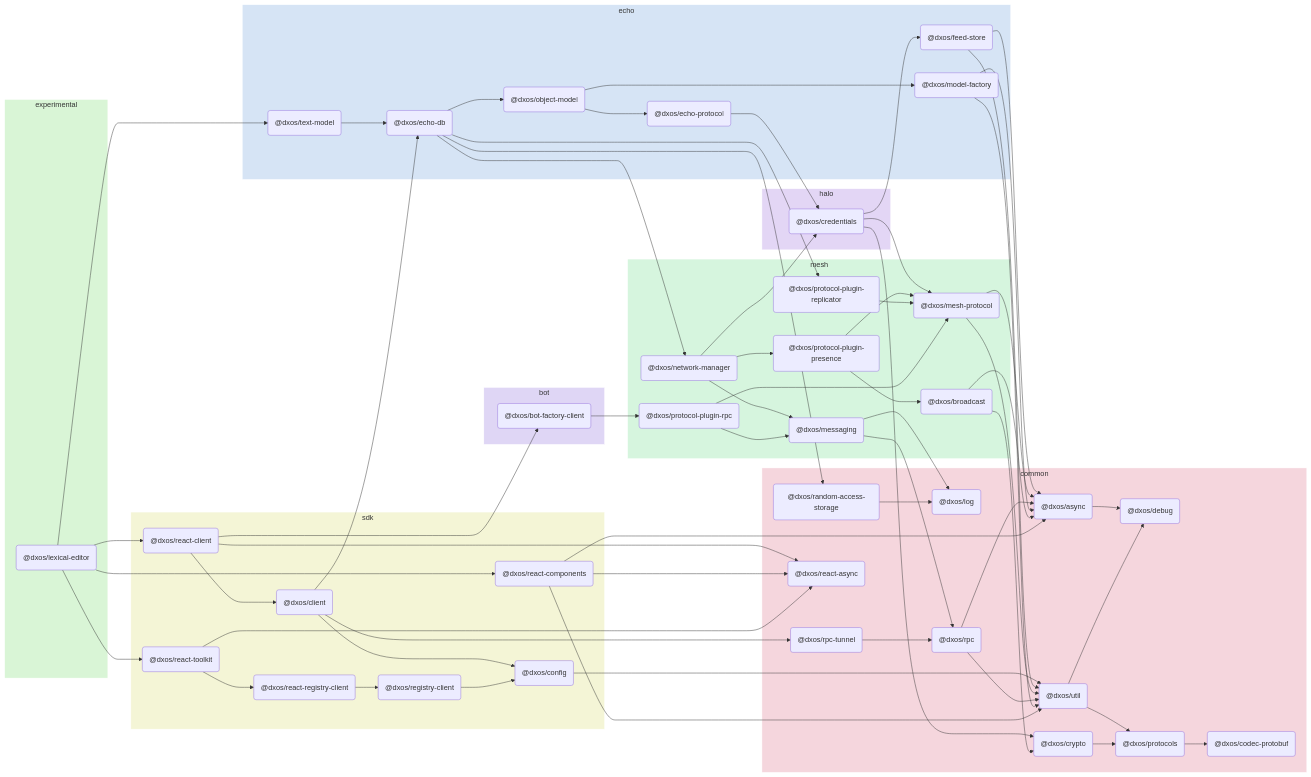
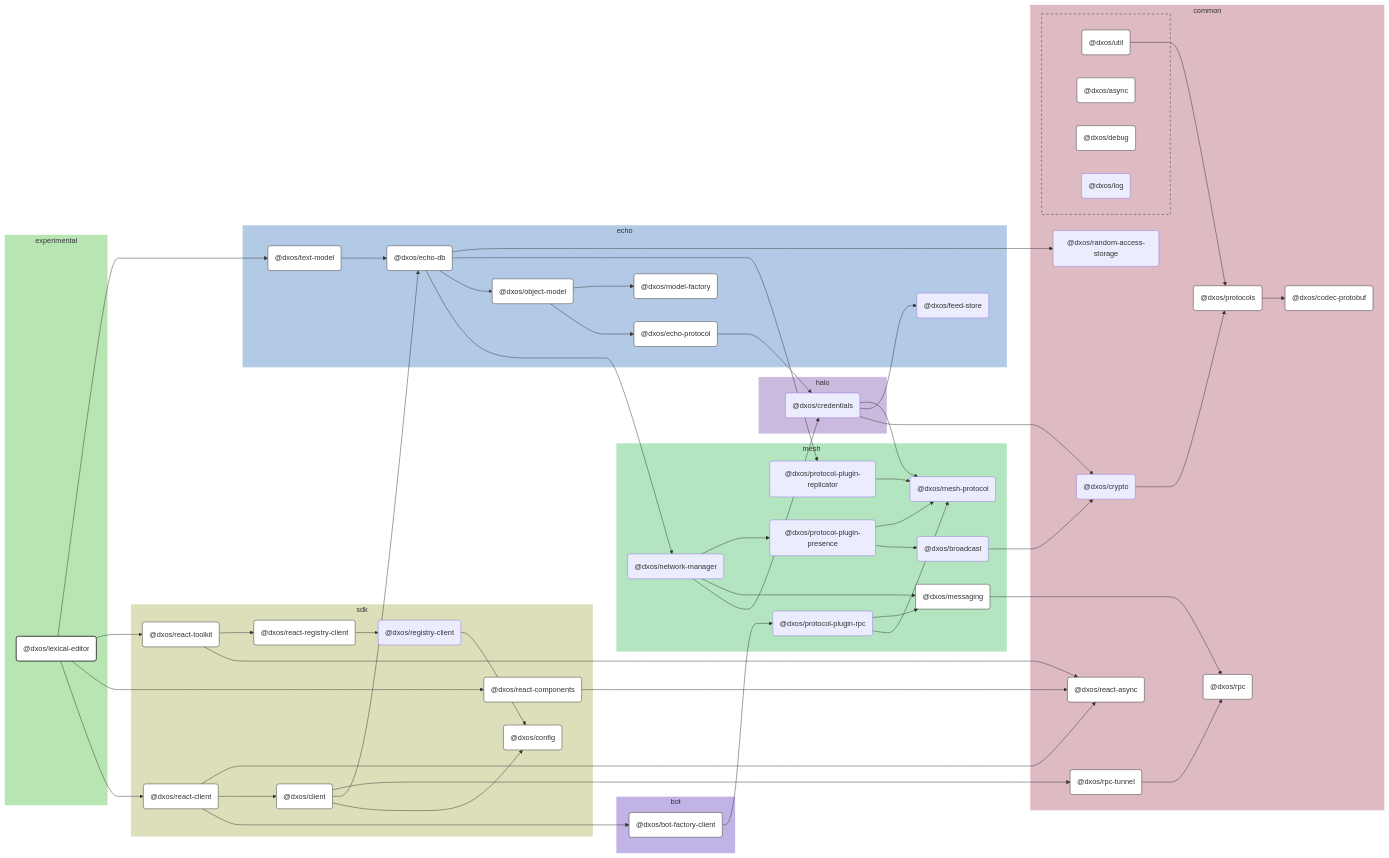
Before and after one commit to dxos/dxos: the diagram in apps/experimental/lexical-editor/docs/README.md, drawn with Mermaid. The commit also changed other lines of this file and 109 other files, not shown here.

````diff
--- a/apps/experimental/lexical-editor/docs/README.md
+++ b/apps/experimental/lexical-editor/docs/README.md
@@ -5,123 +7,176 @@
 ```mermaid
-flowchart LR;
+%%{ init: {'flowchart':{'curve':'basis'}} }%%
 
+flowchart LR
+
+%% Links
+dxos/bot-factory-client --> dxos/protocol-plugin-rpc;
+dxos/broadcast --> dxos/crypto;
+dxos/client --> dxos/config;
+dxos/client --> dxos/echo-db;
+dxos/client --> dxos/rpc-tunnel;
+dxos/credentials --> dxos/crypto;
+dxos/credentials --> dxos/feed-store;
+dxos/credentials --> dxos/mesh-protocol;
+dxos/crypto --> dxos/protocols;
+dxos/echo-db --> dxos/network-manager;
+dxos/echo-db --> dxos/object-model;
+dxos/echo-db --> dxos/protocol-plugin-replicator;
+dxos/echo-db --> dxos/random-access-storage;
+dxos/echo-protocol --> dxos/credentials;
+dxos/lexical-editor --> dxos/react-client;
+dxos/lexical-editor --> dxos/react-components;
+dxos/lexical-editor --> dxos/react-toolkit;
+dxos/lexical-editor --> dxos/text-model;
+dxos/messaging --> dxos/rpc;
+dxos/network-manager --> dxos/credentials;
+dxos/network-manager --> dxos/messaging;
+dxos/network-manager --> dxos/protocol-plugin-presence;
+dxos/object-model --> dxos/echo-protocol;
+dxos/object-model --> dxos/model-factory;
+dxos/protocol-plugin-presence --> dxos/broadcast;
+dxos/protocol-plugin-presence --> dxos/mesh-protocol;
+dxos/protocol-plugin-replicator --> dxos/mesh-protocol;
+dxos/protocol-plugin-rpc --> dxos/mesh-protocol;
+dxos/protocol-plugin-rpc --> dxos/messaging;
+dxos/protocols --> dxos/codec-protobuf;
+dxos/react-client --> dxos/bot-factory-client;
+dxos/react-client --> dxos/client;
+dxos/react-client --> dxos/react-async;
+dxos/react-components --> dxos/react-async;
+dxos/react-registry-client --> dxos/registry-client;
+dxos/react-toolkit --> dxos/react-async;
+dxos/react-toolkit --> dxos/react-registry-client;
+dxos/registry-client --> dxos/config;
+dxos/rpc-tunnel --> dxos/rpc;
+dxos/text-model --> dxos/echo-db;
+dxos/util --> dxos/protocols;
+
+%% Sections
 subgraph experimental
-  style experimental fill:#d9f5d6,stroke:#fff;
-  dxos/lexical-editor("@dxos/lexical-editor");
+  style experimental fill:#b8e6b3,stroke:#fff;
+
+  dxos/lexical-editor("@dxos/lexical-editor")
 end
 
 subgraph common
-  style common fill:#f5d6dd,stroke:#fff;
-  dxos/async("@dxos/async");
-  dxos/debug("@dxos/debug");
-  dxos/codec-protobuf("@dxos/codec-protobuf");
-  dxos/protocols("@dxos/protocols");
-  dxos/util("@dxos/util");
-  dxos/log("@dxos/log");
-  dxos/crypto("@dxos/crypto");
-  dxos/rpc("@dxos/rpc");
-  dxos/random-access-storage("@dxos/random-access-storage");
-  dxos/rpc-tunnel("@dxos/rpc-tunnel");
-  dxos/react-async("@dxos/react-async");
+  style common fill:#debac2,stroke:#fff;
+
+  dxos/codec-protobuf("@dxos/codec-protobuf")
+  dxos/crypto("@dxos/crypto")
+  dxos/protocols("@dxos/protocols")
+  dxos/random-access-storage("@dxos/random-access-storage")
+  dxos/react-async("@dxos/react-async")
+  dxos/rpc("@dxos/rpc")
+  dxos/rpc-tunnel("@dxos/rpc-tunnel")
+
+  subgraph common-excluded [ ]
+    style common-excluded fill:#debac2,stroke:#333,stroke-dasharray:5 5;
+
+    dxos/async("@dxos/async")
+    dxos/debug("@dxos/debug")
+    dxos/log("@dxos/log")
+    dxos/util("@dxos/util")
+  end
 end
 
 subgraph sdk
-  style sdk fill:#f4f5d6,stroke:#fff;
-  dxos/client("@dxos/client");
-  dxos/config("@dxos/config");
-  dxos/react-client("@dxos/react-client");
-  dxos/react-components("@dxos/react-components");
-  dxos/react-toolkit("@dxos/react-toolkit");
-  dxos/react-registry-client("@dxos/react-registry-client");
-  dxos/registry-client("@dxos/registry-client");
+  style sdk fill:#dddeba,stroke:#fff;
+
+  dxos/client("@dxos/client")
+  dxos/config("@dxos/config")
+  dxos/react-client("@dxos/react-client")
+  dxos/react-components("@dxos/react-components")
+  dxos/react-registry-client("@dxos/react-registry-client")
+  dxos/react-toolkit("@dxos/react-toolkit")
+  dxos/registry-client("@dxos/registry-client")
 end
 
 subgraph echo
-  style echo fill:#d6e4f5,stroke:#fff;
-  dxos/echo-db("@dxos/echo-db");
-  dxos/feed-store("@dxos/feed-store");
-  dxos/echo-protocol("@dxos/echo-protocol");
-  dxos/model-factory("@dxos/model-factory");
-  dxos/object-model("@dxos/object-model");
-  dxos/text-model("@dxos/text-model");
+  style echo fill:#b3cae6,stroke:#fff;
+
+  dxos/echo-db("@dxos/echo-db")
+  dxos/echo-protocol("@dxos/echo-protocol")
+  dxos/feed-store("@dxos/feed-store")
+  dxos/model-factory("@dxos/model-factory")
+  dxos/object-model("@dxos/object-model")
+  dxos/text-model("@dxos/text-model")
 end
 
 subgraph halo
-  style halo fill:#e3d6f5,stroke:#fff;
-  dxos/credentials("@dxos/credentials");
+  style halo fill:#cabade,stroke:#fff;
+
+  dxos/credentials("@dxos/credentials")
 end
 
 subgraph mesh
-  style mesh fill:#d6f5de,stroke:#fff;
-  dxos/mesh-protocol("@dxos/mesh-protocol");
-  dxos/messaging("@dxos/messaging");
-  dxos/network-manager("@dxos/network-manager");
-  dxos/protocol-plugin-presence("@dxos/protocol-plugin-presence");
-  dxos/broadcast("@dxos/broadcast");
-  dxos/protocol-plugin-replicator("@dxos/protocol-plugin-replicator");
-  dxos/protocol-plugin-rpc("@dxos/protocol-plugin-rpc");
+  style mesh fill:#b3e6c0,stroke:#fff;
+
+  dxos/broadcast("@dxos/broadcast")
+  dxos/mesh-protocol("@dxos/mesh-protocol")
+  dxos/messaging("@dxos/messaging")
+  dxos/network-manager("@dxos/network-manager")
+  dxos/protocol-plugin-presence("@dxos/protocol-plugin-presence")
+  dxos/protocol-plugin-replicator("@dxos/protocol-plugin-replicator")
+  dxos/protocol-plugin-rpc("@dxos/protocol-plugin-rpc")
 end
 
 subgraph bot
-  style bot fill:#dfd6f5,stroke:#fff;
-  dxos/bot-factory-client("@dxos/bot-factory-client");
+  style bot fill:#c2b3e6,stroke:#fff;
+
+  dxos/bot-factory-client("@dxos/bot-factory-client")
 end
 
-dxos/async --> dxos/debug;
-dxos/client --> dxos/config;
-dxos/protocols --> dxos/codec-protobuf;
-dxos/config --> dxos/util;
-dxos/util --> dxos/debug;
-dxos/util --> dxos/protocols;
-dxos/client --> dxos/echo-db;
-dxos/credentials --> dxos/crypto;
-dxos/crypto --> dxos/protocols;
-dxos/credentials --> dxos/feed-store;
-dxos/feed-store --> dxos/async;
-dxos/feed-store --> dxos/util;
-dxos/credentials --> dxos/mesh-protocol;
-dxos/mesh-protocol --> dxos/async;
-dxos/mesh-protocol --> dxos/util;
-dxos/echo-protocol --> dxos/credentials;
-dxos/messaging --> dxos/log;
-dxos/messaging --> dxos/rpc;
-dxos/rpc --> dxos/async;
-dxos/rpc --> dxos/util;
-dxos/model-factory --> dxos/async;
-dxos/model-factory --> dxos/util;
-dxos/echo-db --> dxos/network-manager;
-dxos/network-manager --> dxos/credentials;
-dxos/network-manager --> dxos/messaging;
-dxos/network-manager --> dxos/protocol-plugin-presence;
-dxos/protocol-plugin-presence --> dxos/broadcast;
-dxos/broadcast --> dxos/async;
-dxos/broadcast --> dxos/crypto;
-dxos/protocol-plugin-presence --> dxos/mesh-protocol;
-dxos/echo-db --> dxos/object-model;
-dxos/object-model --> dxos/echo-protocol;
-dxos/object-model --> dxos/model-factory;
-dxos/echo-db --> dxos/protocol-plugin-replicator;
-dxos/protocol-plugin-replicator --> dxos/mesh-protocol;
-dxos/echo-db --> dxos/random-access-storage;
-dxos/random-access-storage --> dxos/log;
-dxos/client --> dxos/rpc-tunnel;
-dxos/rpc-tunnel --> dxos/rpc;
-dxos/lexical-editor --> dxos/react-client;
-dxos/react-client --> dxos/bot-factory-client;
-dxos/bot-factory-client --> dxos/protocol-plugin-rpc;
-dxos/protocol-plugin-rpc --> dxos/messaging;
-dxos/protocol-plugin-rpc --> dxos/mesh-protocol;
-dxos/react-client --> dxos/client;
-dxos/react-client --> dxos/react-async;
-dxos/lexical-editor --> dxos/react-components;
-dxos/react-components --> dxos/async;
-dxos/react-components --> dxos/react-async;
-dxos/react-components --> dxos/util;
-dxos/lexical-editor --> dxos/react-toolkit;
-dxos/react-toolkit --> dxos/react-async;
-dxos/react-toolkit --> dxos/react-registry-client;
-dxos/react-registry-client --> dxos/registry-client;
-dxos/registry-client --> dxos/config;
-dxos/lexical-editor --> dxos/text-model;
-dxos/text-model --> dxos/echo-db;
+
+%% Hyperlinks
+click dxos/async href "https:/github.com/dxos/dxos/tree/main/packages/common/async/docs";
+click dxos/bot-factory-client href "https:/github.com/dxos/dxos/tree/main/packages/bot/bot-factory-client/docs";
+click dxos/client href "https:/github.com/dxos/dxos/tree/main/packages/sdk/client/docs";
+click dxos/codec-protobuf href "https:/github.com/dxos/dxos/tree/main/packages/common/codec-protobuf/docs";
+click dxos/config href "https:/github.com/dxos/dxos/tree/main/packages/sdk/config/docs";
+click dxos/debug href "https:/github.com/dxos/dxos/tree/main/packages/common/debug/docs";
+click dxos/echo-db href "https:/github.com/dxos/dxos/tree/main/packages/echo/echo-db/docs";
+click dxos/echo-protocol href "https:/github.com/dxos/dxos/tree/main/packages/echo/echo-protocol/docs";
+click dxos/messaging href "https:/github.com/dxos/dxos/tree/main/packages/mesh/messaging/docs";
+click dxos/model-factory href "https:/github.com/dxos/dxos/tree/main/packages/echo/model-factory/docs";
+click dxos/object-model href "https:/github.com/dxos/dxos/tree/main/packages/echo/object-model/docs";
+click dxos/protocols href "https:/github.com/dxos/dxos/tree/main/packages/common/protocols/docs";
+click dxos/react-async href "https:/github.com/dxos/dxos/tree/main/packages/common/react-async/docs";
+click dxos/react-client href "https:/github.com/dxos/dxos/tree/main/packages/sdk/react-client/docs";
+click dxos/react-components href "https:/github.com/dxos/dxos/tree/main/packages/sdk/react-components/docs";
+click dxos/react-registry-client href "https:/github.com/dxos/dxos/tree/main/packages/sdk/react-registry-client/docs";
+click dxos/react-toolkit href "https:/github.com/dxos/dxos/tree/main/packages/sdk/react-toolkit/docs";
+click dxos/rpc href "https:/github.com/dxos/dxos/tree/main/packages/common/rpc/docs";
+click dxos/rpc-tunnel href "https:/github.com/dxos/dxos/tree/main/packages/common/rpc-tunnel/docs";
+click dxos/text-model href "https:/github.com/dxos/dxos/tree/main/packages/echo/text-model/docs";
+click dxos/util href "https:/github.com/dxos/dxos/tree/main/packages/common/util/docs";
+
+%% Styles
+classDef rootNode fill:#fff,stroke:#333,stroke-width:2px
+classDef defaultNode fill:#fff,stroke:#333,stroke-width:1px
+linkStyle default stroke:#333,stroke-width:1px
+
+dxos/lexical-editor:::rootNode
+
+dxos/async:::defaultNode
+dxos/bot-factory-client:::defaultNode
+dxos/client:::defaultNode
+dxos/codec-protobuf:::defaultNode
+dxos/config:::defaultNode
+dxos/debug:::defaultNode
+dxos/echo-db:::defaultNode
+dxos/echo-protocol:::defaultNode
+dxos/messaging:::defaultNode
+dxos/model-factory:::defaultNode
+dxos/object-model:::defaultNode
+dxos/protocols:::defaultNode
+dxos/react-async:::defaultNode
+dxos/react-client:::defaultNode
+dxos/react-components:::defaultNode
+dxos/react-registry-client:::defaultNode
+dxos/react-toolkit:::defaultNode
+dxos/rpc:::defaultNode
+dxos/rpc-tunnel:::defaultNode
+dxos/text-model:::defaultNode
+dxos/util:::defaultNode
 ```
````
